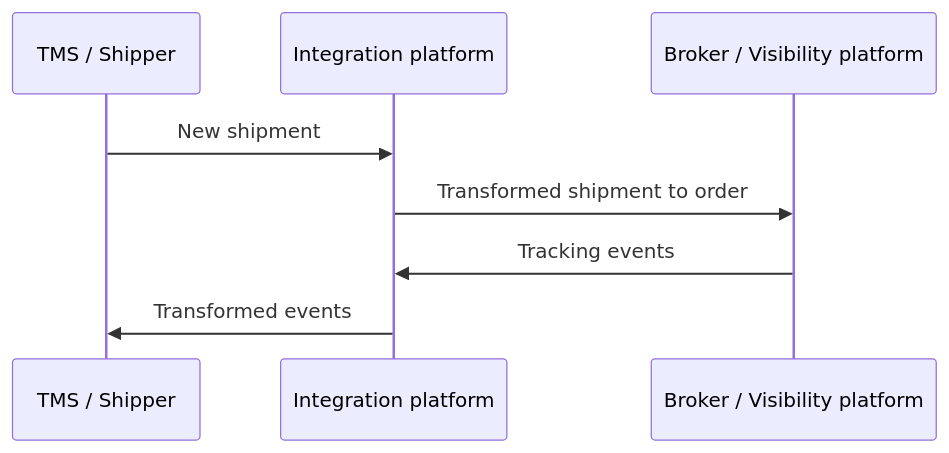
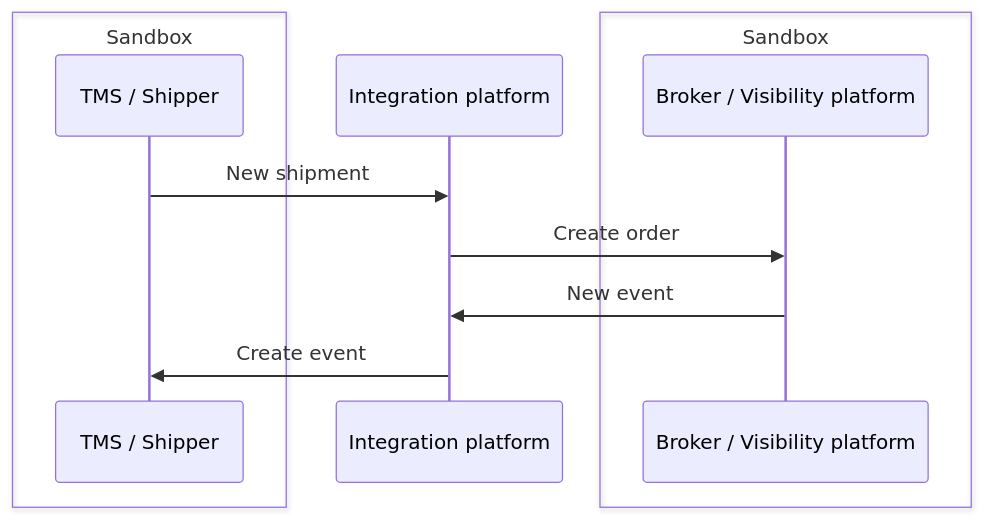
One commit to atetz/integration-sandbox changed the first of 2 diagrams in README.md. Above: the diagram before and after it, drawn with Mermaid. The commit also changed other lines of this file, not shown here.

````diff
--- a/README.md
+++ b/README.md
@@ -22,11 +19,18 @@
 ```mermaid
-sequenceDiagram
-    participant TMS as TMS / Shipper
-    participant IP as Integration platform
-    participant VP as Broker / Visibility platform
-    
-    TMS->>IP: New shipment
-    IP->>VP: Transformed shipment to order
-    VP->>IP: Tracking events
-    IP->>TMS: Transformed events
+	sequenceDiagram
+	participant TMS as TMS / Shipper
+	participant IP as Integration platform
+	participant VP as Broker / Visibility platform
+	
+	box transparent Sandbox
+	participant TMS
+	end
+	box transparent Sandbox
+	participant VP
+	end
+
+	TMS->>IP: New shipment
+	IP->>VP: Create order
+	VP->>IP: New event
+	IP->>TMS: Create event
 ```
````
